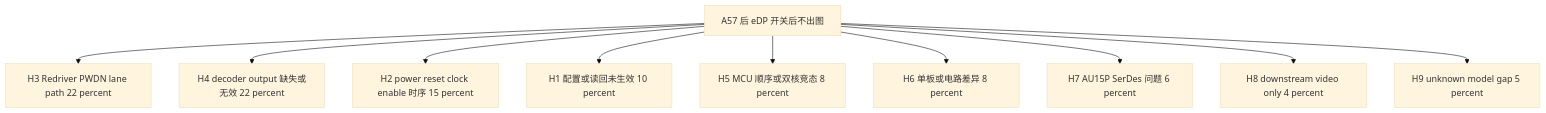
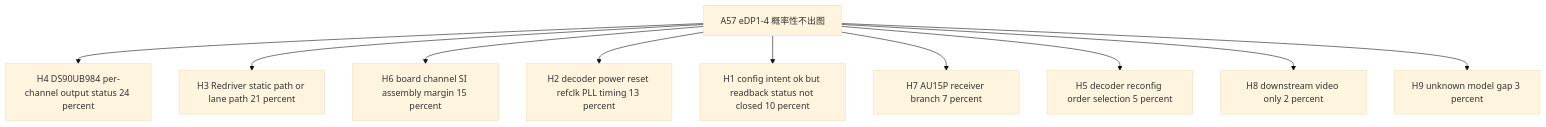
Before and after one commit to joyhpc/DebugTool: the second of 3 diagrams in pilot_runs/a57_edp/latest-architecture-first.md, drawn with Mermaid (base theme). The commit also changed other lines of this file and 4 other files, not shown here.

````diff
--- a/pilot_runs/a57_edp/latest-architecture-first.md
+++ b/pilot_runs/a57_edp/latest-architecture-first.md
@@ -182,13 +146,13 @@
 ```mermaid
 flowchart TD
-  H0[A57 后 eDP 开关后不出图]
-  H0 --> H3[H3 Redriver PWDN lane path 22 percent]
-  H0 --> H4[H4 decoder output 缺失或无效 22 percent]
-  H0 --> H2[H2 power reset clock enable 时序 15 percent]
-  H0 --> H1[H1 配置或读回未生效 10 percent]
-  H0 --> H5[H5 MCU 顺序或双核竞态 8 percent]
-  H0 --> H6[H6 单板或电路差异 8 percent]
-  H0 --> H7[H7 AU15P SerDes 问题 6 percent]
-  H0 --> H8[H8 downstream video only 4 percent]
-  H0 --> H9[H9 unknown model gap 5 percent]
+  H0[A57 eDP1-4 概率性不出图]
+  H0 --> H4[H4 DS90UB984 per-channel output status 24 percent]
+  H0 --> H3[H3 Redriver static path or lane path 21 percent]
+  H0 --> H6[H6 board channel SI assembly margin 15 percent]
+  H0 --> H2[H2 decoder power reset refclk PLL timing 13 percent]
+  H0 --> H1[H1 config intent ok but readback status not closed 10 percent]
+  H0 --> H7[H7 AU15P receiver branch 7 percent]
+  H0 --> H5[H5 decoder reconfig order selection 5 percent]
+  H0 --> H8[H8 downstream video only 2 percent]
+  H0 --> H9[H9 unknown model gap 3 percent]
 ```
````
